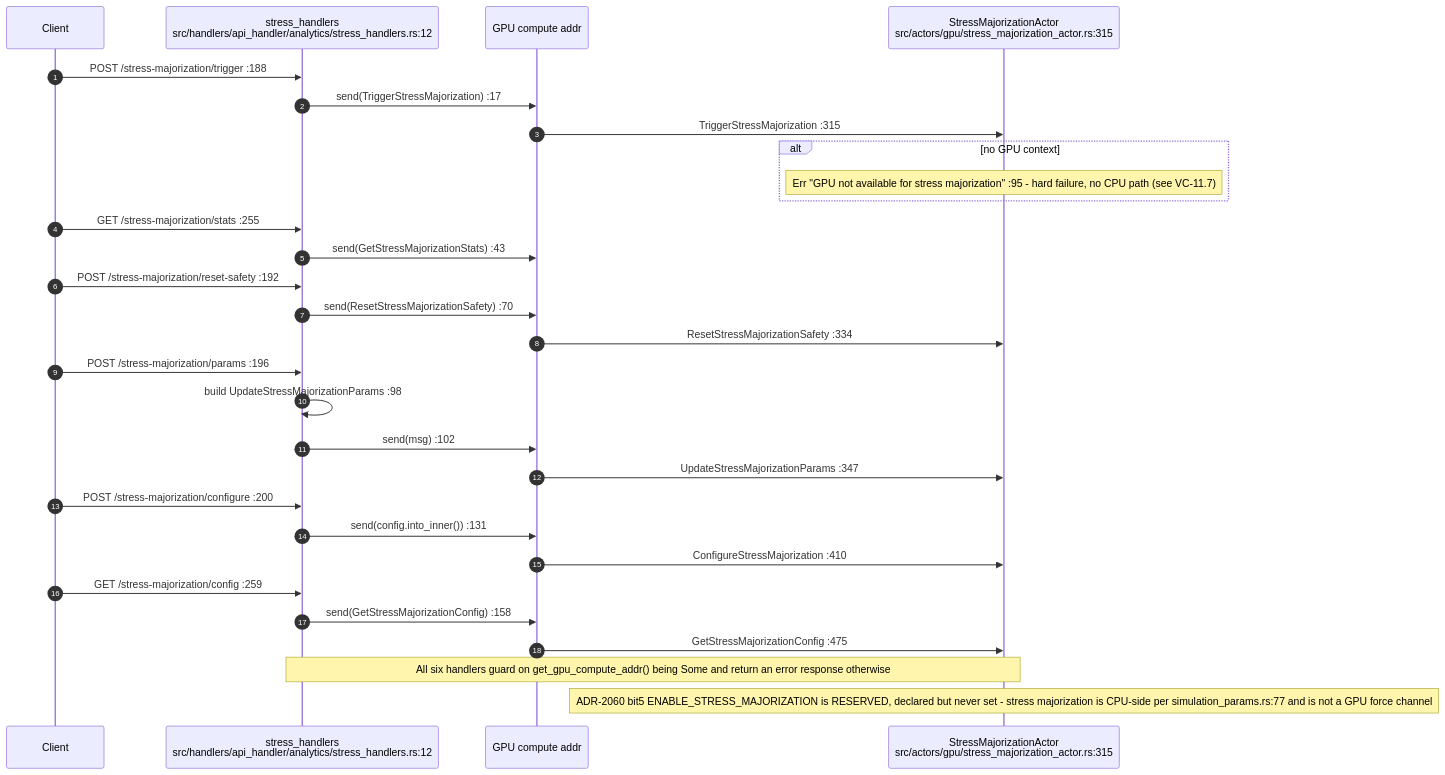
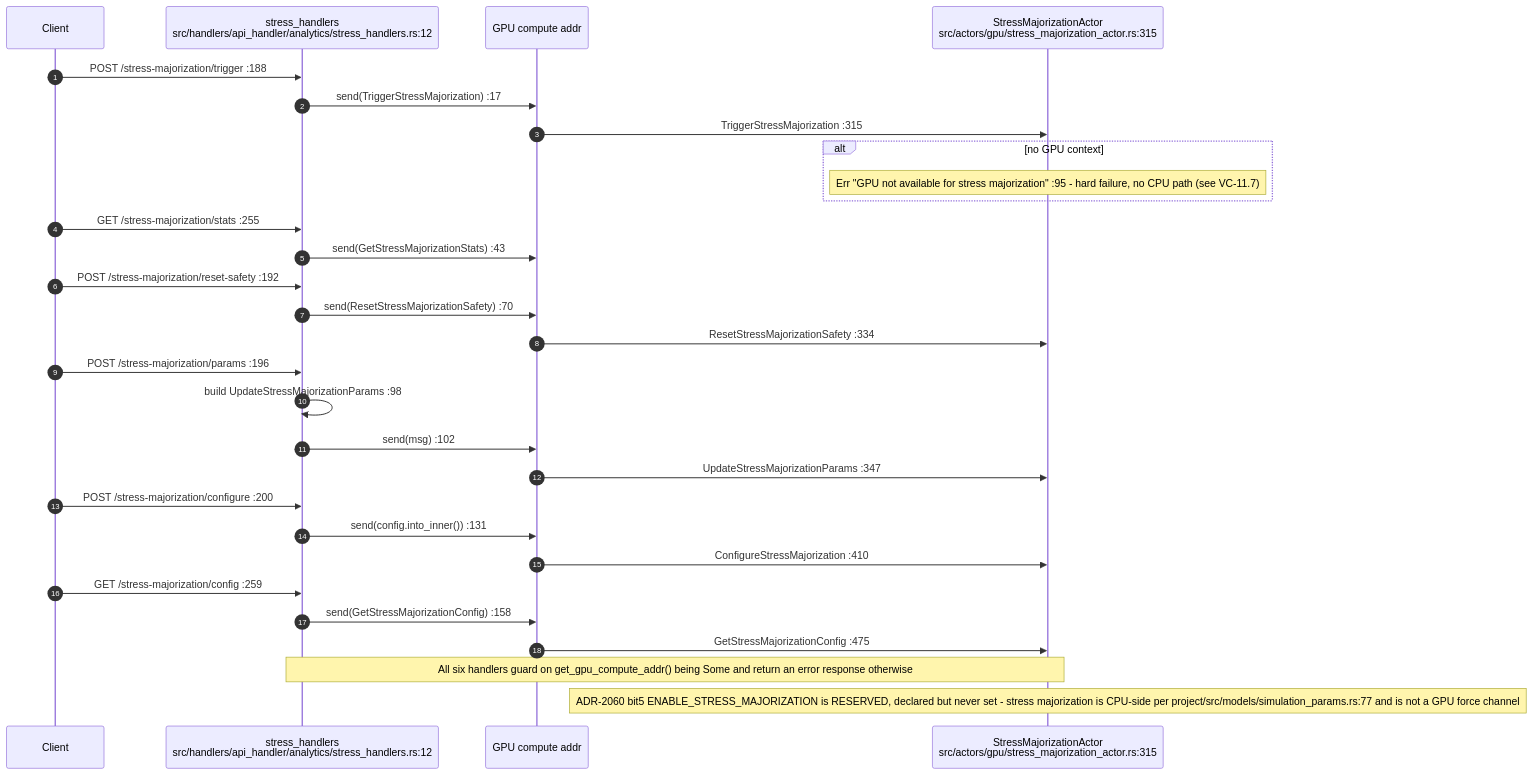
One commit to DreamLab-AI/VisionFlow changed the fifth of 9 diagrams in docs/diagrams/visionclaw/18-analytics-support-handlers.md. Above: the diagram before and after it, drawn with Mermaid. The commit also changed other lines of this file and 185 other files, not shown here.

Commit message:
docs(estate): reconcile diagrams and ADRs with source and define closeout sprint

````diff
--- a/docs/diagrams/visionclaw/18-analytics-support-handlers.md
+++ b/docs/diagrams/visionclaw/18-analytics-support-handlers.md
@@ -188,32 +189,32 @@
 ```mermaid
 sequenceDiagram
     autonumber
     participant C as Client
     participant SH as stress_handlers<br/>src/handlers/api_handler/analytics/stress_handlers.rs:12
     participant GPU as GPU compute addr
     participant SMA as StressMajorizationActor<br/>src/actors/gpu/stress_majorization_actor.rs:315
 
     C->>SH: POST /stress-majorization/trigger :188
     SH->>GPU: send(TriggerStressMajorization) :17
     GPU->>SMA: TriggerStressMajorization :315
     alt no GPU context
         Note over SMA: Err "GPU not available for stress majorization" :95 - hard failure, no CPU path (see VC-11.7)
     end
     C->>SH: GET /stress-majorization/stats :255
     SH->>GPU: send(GetStressMajorizationStats) :43
     C->>SH: POST /stress-majorization/reset-safety :192
     SH->>GPU: send(ResetStressMajorizationSafety) :70
     GPU->>SMA: ResetStressMajorizationSafety :334
     C->>SH: POST /stress-majorization/params :196
     SH->>SH: build UpdateStressMajorizationParams :98
     SH->>GPU: send(msg) :102
     GPU->>SMA: UpdateStressMajorizationParams :347
     C->>SH: POST /stress-majorization/configure :200
     SH->>GPU: send(config.into_inner()) :131
     GPU->>SMA: ConfigureStressMajorization :410
     C->>SH: GET /stress-majorization/config :259
     SH->>GPU: send(GetStressMajorizationConfig) :158
     GPU->>SMA: GetStressMajorizationConfig :475
     Note over SH,SMA: All six handlers guard on get_gpu_compute_addr() being Some and return an error response otherwise
-    Note over SMA: ADR-2060 bit5 ENABLE_STRESS_MAJORIZATION is RESERVED, declared but never set - stress majorization is CPU-side per simulation_params.rs:77 and is not a GPU force channel
+    Note over SMA: ADR-2060 bit5 ENABLE_STRESS_MAJORIZATION is RESERVED, declared but never set - stress majorization is CPU-side per project/src/models/simulation_params.rs:77 and is not a GPU force channel
 ```
````
